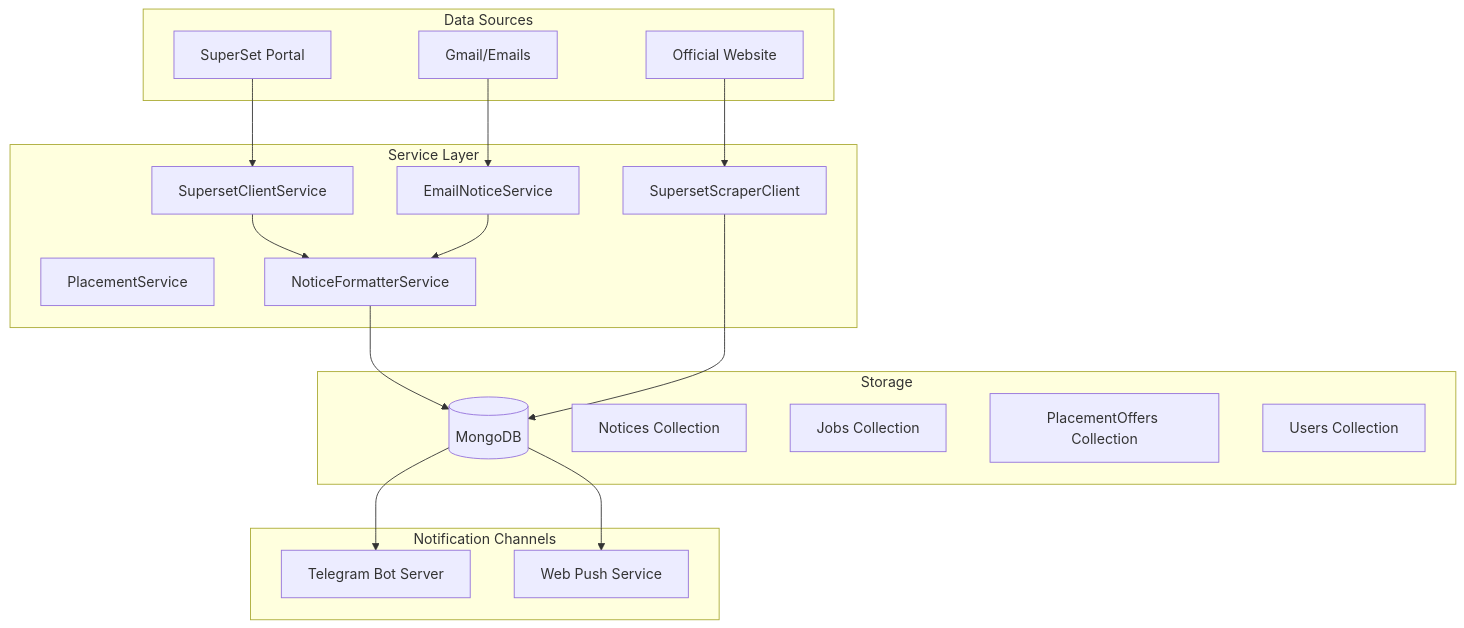
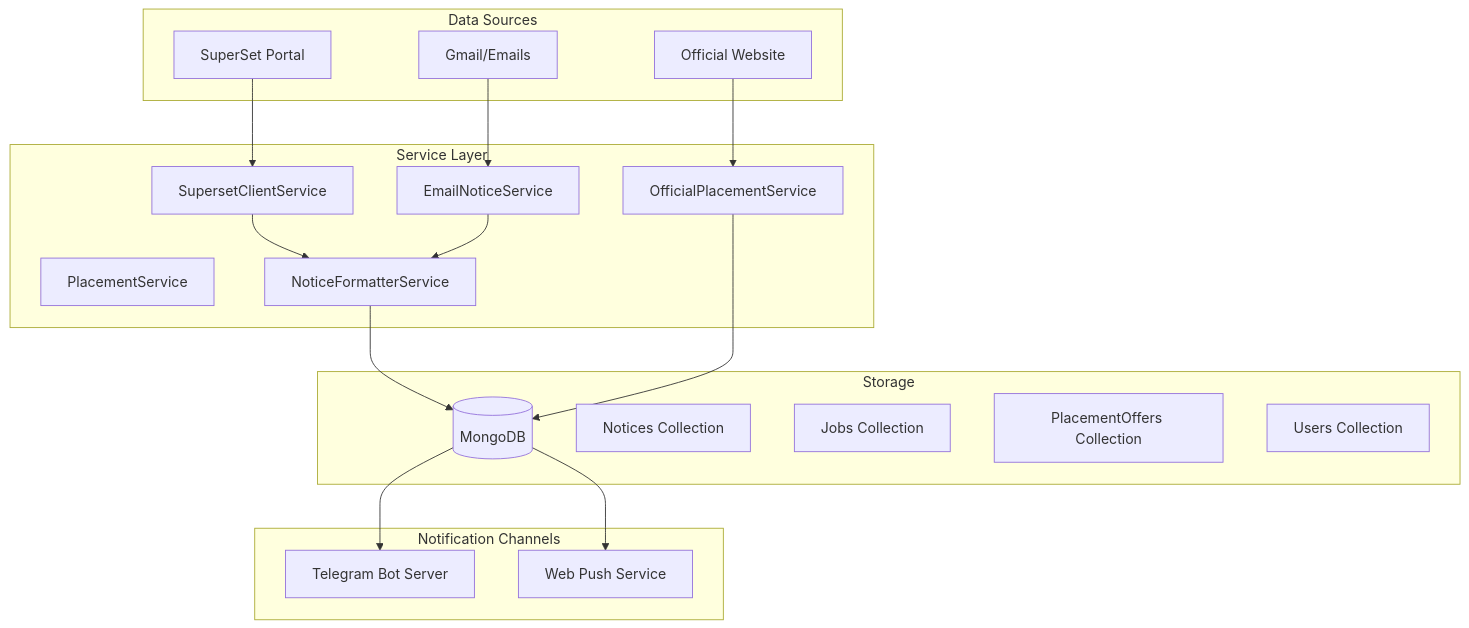
Before and after one commit to tashifkhan/tashif.codes: the diagram in src/data/docs/jiit-placement-alerts/Getting Started.md, drawn with Mermaid. The commit also changed other lines of this file and 2128 other files, not shown here.

First line of the commit message:
docs: replace raster diagram images with native Mermaid across project guides

````diff
--- a/src/data/docs/jiit-placement-alerts/Getting Started.md
+++ b/src/data/docs/jiit-placement-alerts/Getting Started.md
@@ -124,35 +177,35 @@
 ```mermaid
 graph TB
 subgraph "Data Sources"
 SS[SuperSet Portal]
 GM[Gmail/Emails]
 OW[Official Website]
 end
 subgraph "Service Layer"
 SC[SupersetClientService]
 PS[PlacementService]
 ENS[EmailNoticeService]
 NFS[NoticeFormatterService]
-SSC[SupersetScraperClient]
+OPS[OfficialPlacementService]
 end
 subgraph "Storage"
 DB[(MongoDB)]
 NC[Notices Collection]
 JC[Jobs Collection]
 PC[PlacementOffers Collection]
 UC[Users Collection]
 end
 subgraph "Notification Channels"
 TS[Telegram Bot Server]
 WS[Web Push Service]
 end
 SS --> SC
 GM --> ENS
-OW --> SSC
+OW --> OPS
 SC --> NFS
 ENS --> NFS
 NFS --> DB
-SSC --> DB
+OPS --> DB
 DB --> TS
 DB --> WS
 ```
````
